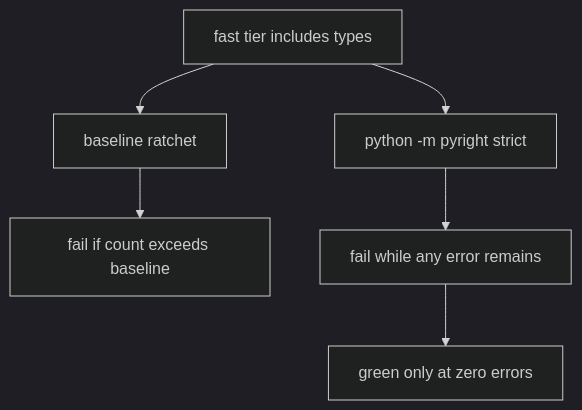
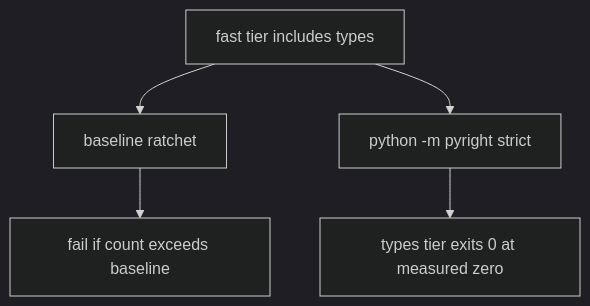
The diagram in docs/development/PYRIGHT_BASELINE.md (Nagdy8888/smart-rag), drawn with Mermaid (dark theme) before and after one commit. The commit also changed other lines of this file and 131 other files, not shown here.

Commit message:
Split GitHub quality jobs so types no longer blocks unit and docs, keep table-sandbox rlimits in the worker process, and ratchet Pyright to zero with annotations so required checks can go green.

````diff
--- a/docs/development/PYRIGHT_BASELINE.md
+++ b/docs/development/PYRIGHT_BASELINE.md
@@ -22,14 +21,12 @@
 ```mermaid
 flowchart TD
   fastTier["fast tier includes types"]
   ratchet["baseline ratchet"]
   pyright["python -m pyright strict"]
   regression["fail if count exceeds baseline"]
-  debt["fail while any error remains"]
-  zero["green only at zero errors"]
+  green["types tier exits 0 at measured zero"]
   fastTier --> ratchet
   fastTier --> pyright
   ratchet --> regression
-  pyright --> debt
-  debt --> zero
+  pyright --> green
 ```
````
